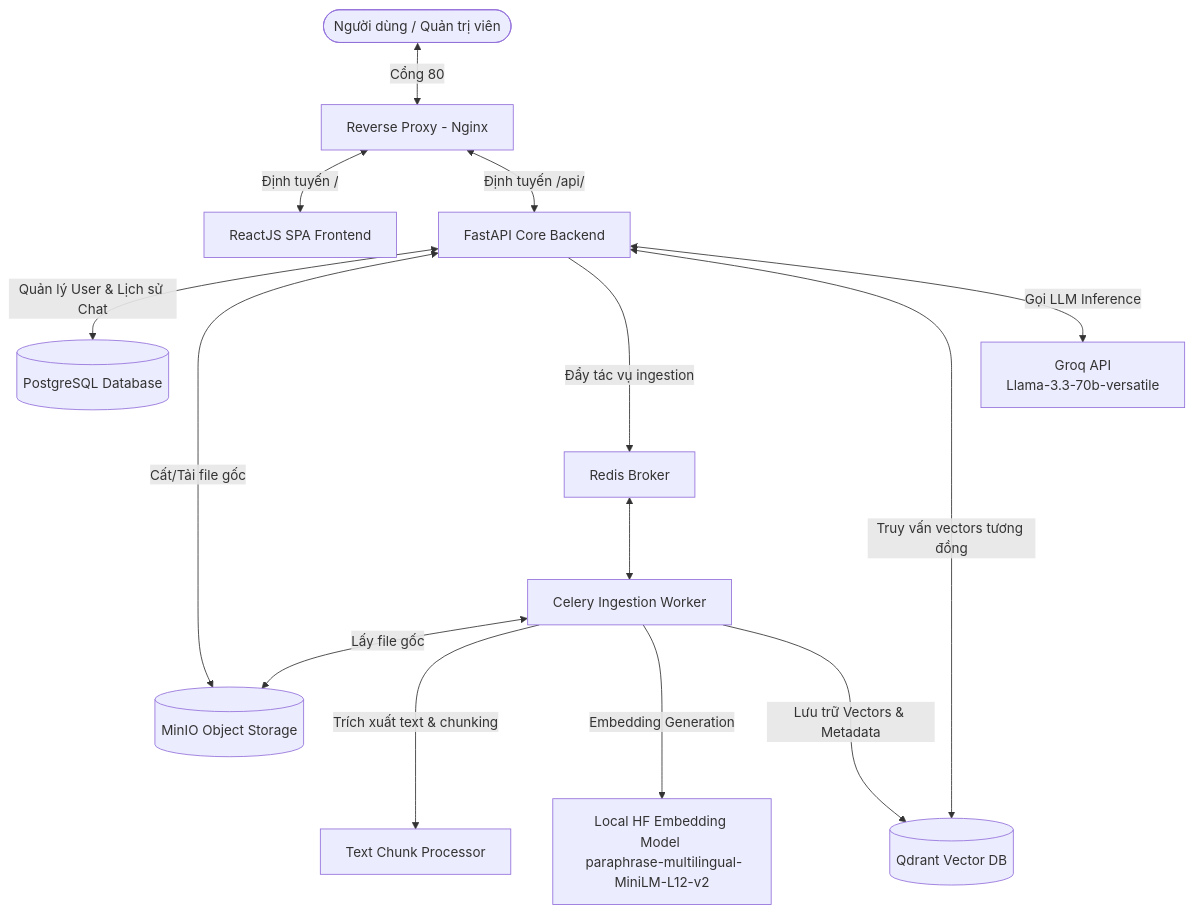
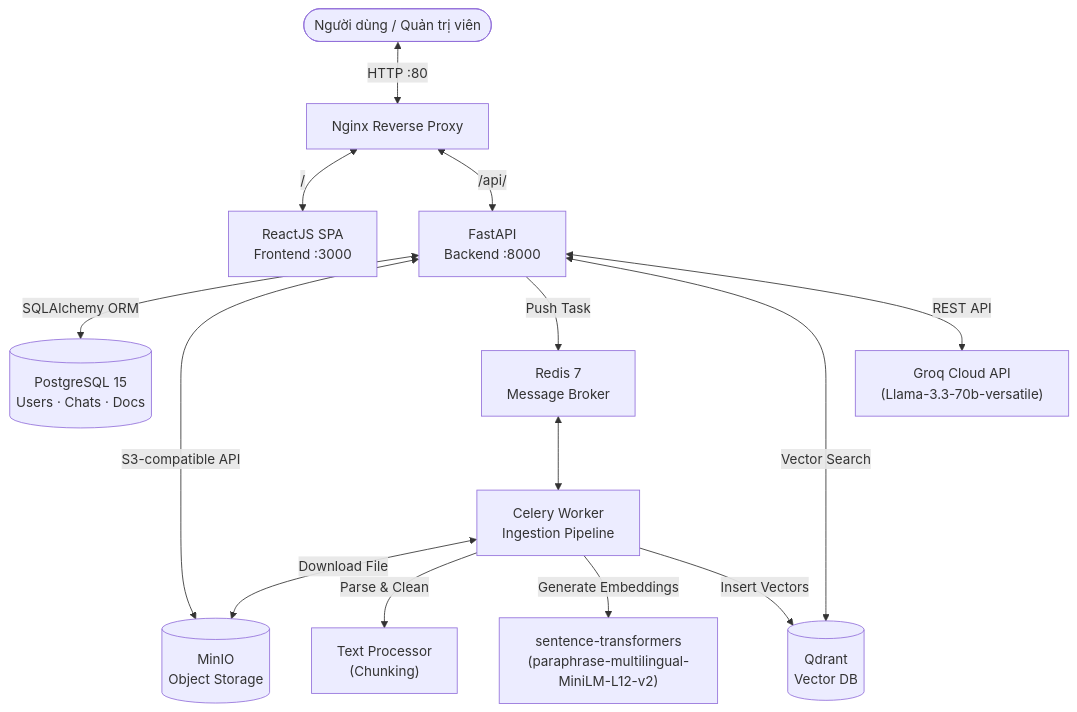
One commit to duykhanh186/RAG-Powered-GitLab-Handbook-Q-A-System changed the first of 3 diagrams in README.md. Above: the diagram before and after it, drawn with Mermaid. The commit also changed other lines of this file, not shown here.

````diff
--- a/README.md
+++ b/README.md
@@ -41,22 +53,19 @@
 ```mermaid
 graph TD
-    User([Người dùng / Quản trị viên]) <-->|Cổng 80| Nginx[Reverse Proxy - Nginx]
-    
-    %% Định tuyến Nginx
-    Nginx <-->|Định tuyến /| Frontend[ReactJS SPA Frontend]
-    Nginx <-->|Định tuyến /api/| Backend[FastAPI Core Backend]
-    
-    %% Giao tiếp Backend
-    Backend <-->|Quản lý User & Lịch sử Chat| Postgres[(PostgreSQL Database)]
-    Backend <-->|Cất/Tải file gốc| MinIO[(MinIO Object Storage)]
-    Backend --->|Đẩy tác vụ ingestion| Redis[Redis Broker]
-    Backend <-->|Truy vấn vectors tương đồng| Qdrant[(Qdrant Vector DB)]
-    Backend <-->|Gọi LLM Inference| Groq[Groq API <br/> Llama-3.3-70b-versatile]
+    User([Người dùng / Quản trị viên]) <-->|HTTP :80| Nginx[Nginx Reverse Proxy]
 
-    %% Hàng đợi Celery
-    Redis <--> Celery[Celery Ingestion Worker]
-    Celery <-->|Lấy file gốc| MinIO
-    Celery --->|Trích xuất text & chunking| ChunkProcessor[Text Chunk Processor]
-    Celery --->|Embedding Generation| EmbedModel[Local HF Embedding Model <br/> paraphrase-multilingual-MiniLM-L12-v2]
-    Celery --->|Lưu trữ Vectors & Metadata| Qdrant
+    Nginx <-->|/| Frontend[ReactJS SPA<br/>Frontend :3000]
+    Nginx <-->|/api/| Backend[FastAPI<br/>Backend :8000]
+
+    Backend <-->|SQLAlchemy ORM| Postgres[(PostgreSQL 15<br/>Users · Chats · Docs)]
+    Backend <-->|S3-compatible API| MinIO[(MinIO<br/>Object Storage)]
+    Backend -->|Push Task| Redis[Redis 7<br/>Message Broker]
+    Backend <-->|Vector Search| Qdrant[(Qdrant<br/>Vector DB)]
+    Backend <-->|REST API| Groq["Groq Cloud API<br/>(Llama-3.3-70b-versatile)"]
+
+    Redis <--> Celery[Celery Worker<br/>Ingestion Pipeline]
+    Celery <-->|Download File| MinIO
+    Celery -->|Parse & Clean| Processor["Text Processor<br/>(Chunking)"]
+    Celery -->|Generate Embeddings| EmbedModel["sentence-transformers<br/>(paraphrase-multilingual-MiniLM-L12-v2)"]
+    Celery -->|Insert Vectors| Qdrant
 ```
````
